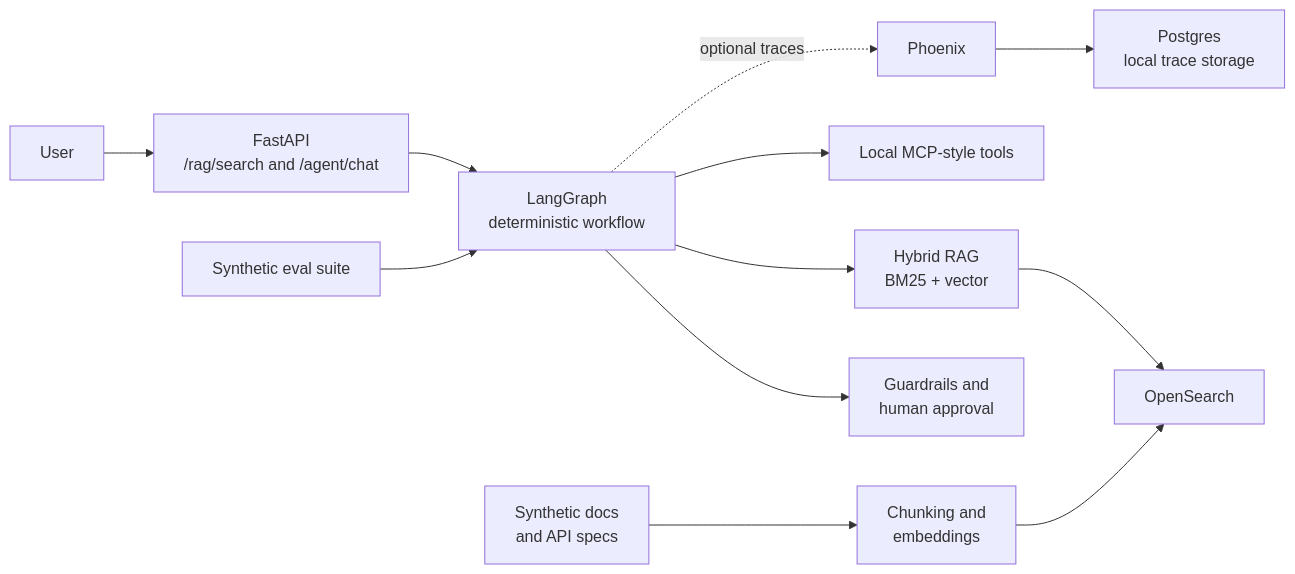
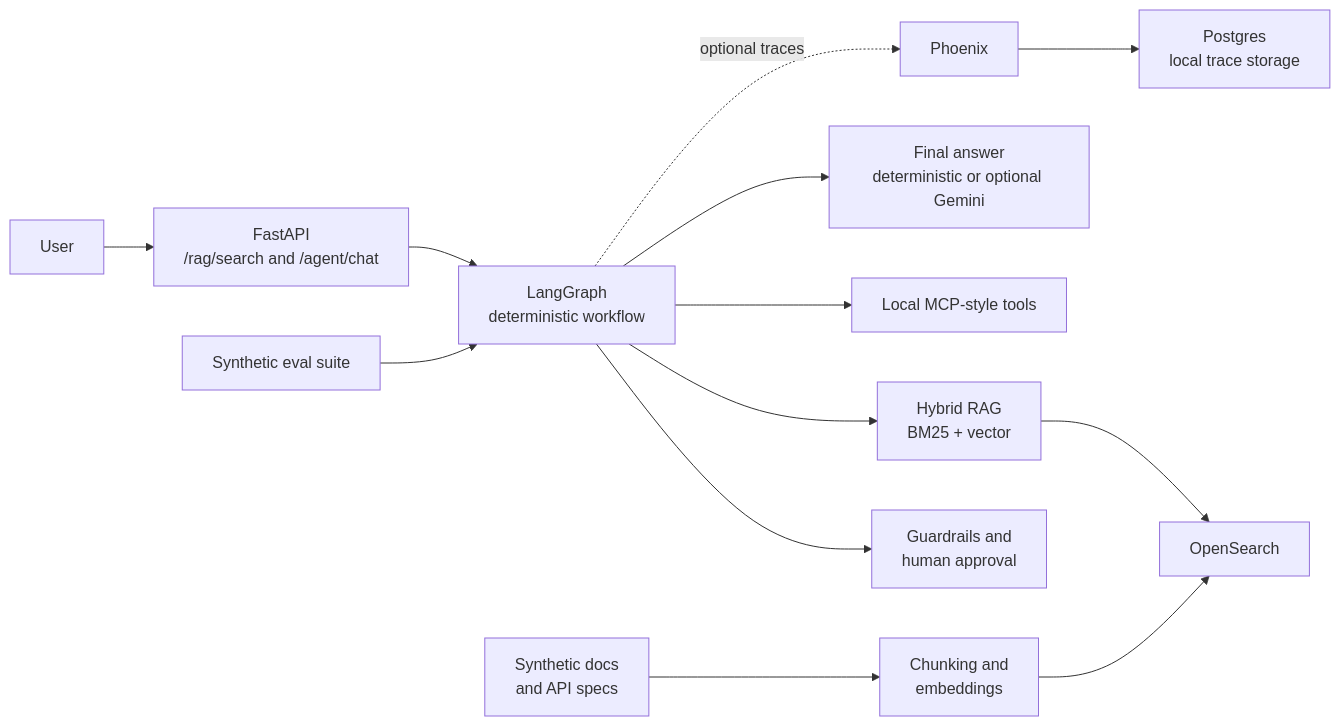
One commit to tonih23/enterprise-api-intelligence-agent changed the diagram in README.md. Above: the diagram before and after it, drawn with Mermaid. The commit also changed other lines of this file and 22 other files, not shown here.

Commit message:
Add optional Gemini answer synthesis

````diff
--- a/README.md
+++ b/README.md
@@ -26,14 +26,15 @@
 ```mermaid
 flowchart LR
     User["User"] --> API["FastAPI<br/>/rag/search and /agent/chat"]
     API --> Graph["LangGraph<br/>deterministic workflow"]
     Graph --> Policy["Guardrails and<br/>human approval"]
     Graph --> RAG["Hybrid RAG<br/>BM25 + vector"]
     Graph --> Tools["Local MCP-style tools"]
+    Graph --> Answer["Final answer<br/>deterministic or optional Gemini"]
     Docs["Synthetic docs<br/>and API specs"] --> Ingest["Chunking and<br/>embeddings"]
     Ingest --> Search["OpenSearch"]
     RAG --> Search
     Graph -. "optional traces" .-> Phoenix["Phoenix"]
     Phoenix --> Postgres["Postgres<br/>local trace storage"]
     Evals["Synthetic eval suite"] --> Graph
 ```
````
